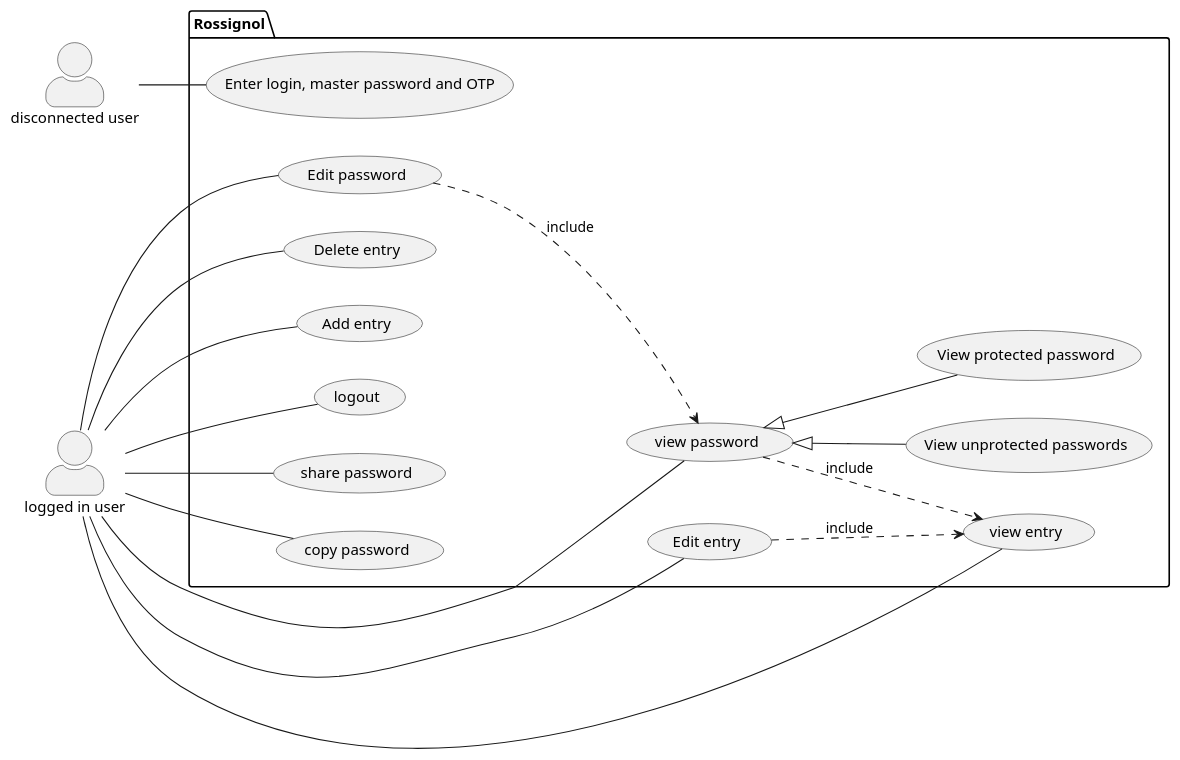
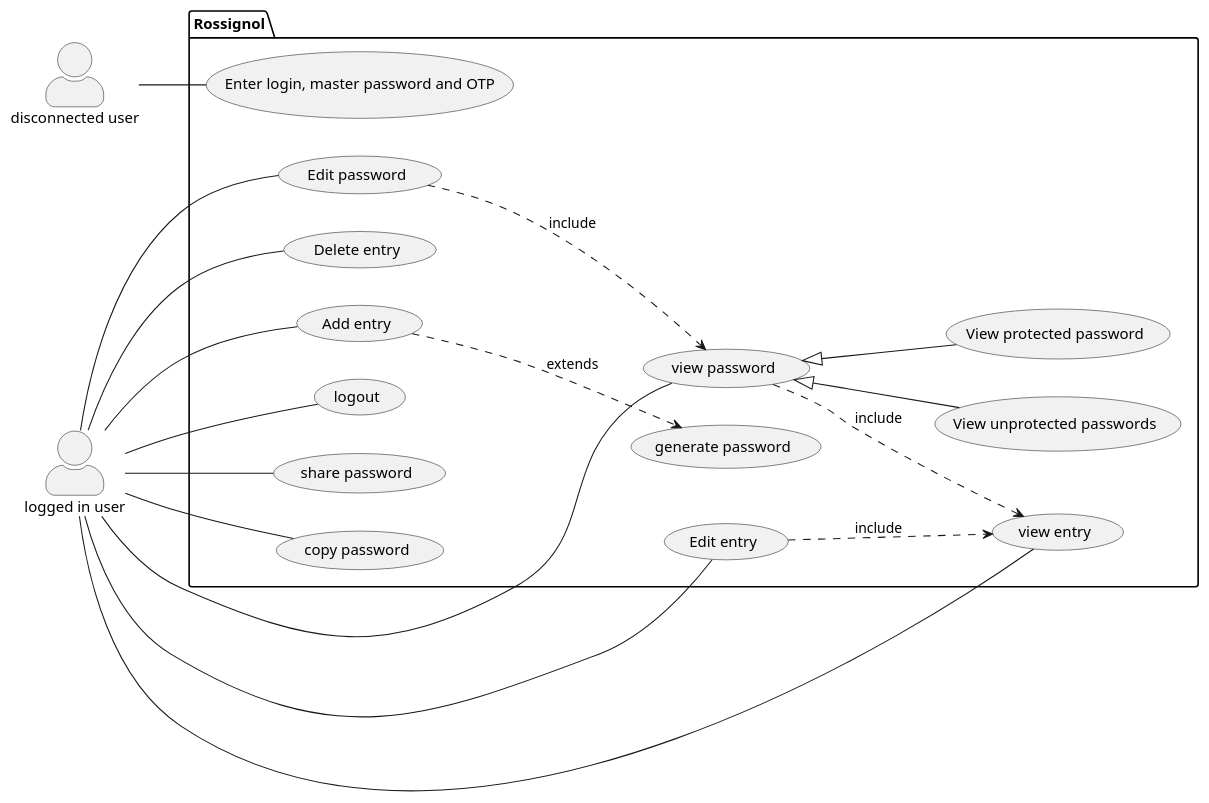
The diagram in Documentation/conception/use case diagram/use case.puml (EllLG1211/Rossignol), drawn with PlantUML before and after one commit. The commit also changed 1 other file, not shown here.

Commit message:
edited use case diagram

```diff
--- a/Documentation/conception/use case diagram/use case.puml
+++ b/Documentation/conception/use case diagram/use case.puml
@@ -1,36 +1,38 @@
 @startuml
 left to right direction
 skinparam actorStyle awesome
 actor "disconnected user" as duser
 actor "logged in user" as luser
 
 package Rossignol{
   usecase "Enter login, master password and OTP" as UC1
   usecase "view password" as UC0
   usecase "view entry" as UCVE
   usecase "View unprotected passwords" as UC3
   usecase "View protected password" as UC4
   usecase "Edit password" as UCE
   usecase "Delete entry" as UCD
   usecase "Edit entry" as UCP
   usecase "Add entry" as UCAE
   usecase "logout" as UCX
   usecase "share password" as USS
   usecase "copy password" as USCP
+  usecase "generate password" as UPG
 }
 duser -- UC1
 luser -- UCX
 luser -- UC0
 UC0 <|-- UC3
 UC0 <|-- UC4
 luser -- UCD
 luser -- UCE
 luser -- UCP
 luser -- USS
 luser -- UCAE
 luser -- USCP
 luser -- UCVE
 UC0 ..> UCVE : include
 UCP ..> UCVE : include
 UCE ..> UC0 : include
+UCAE ..> UPG : extends
 @enduml
```
